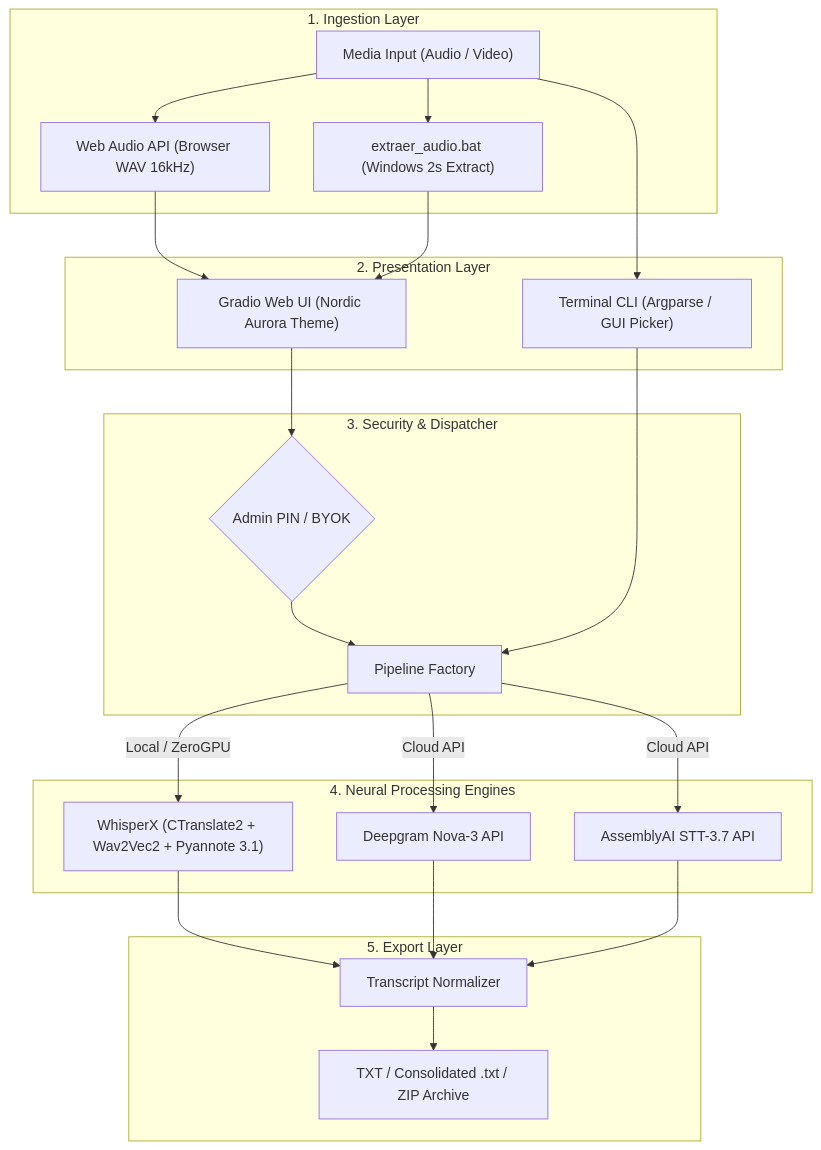
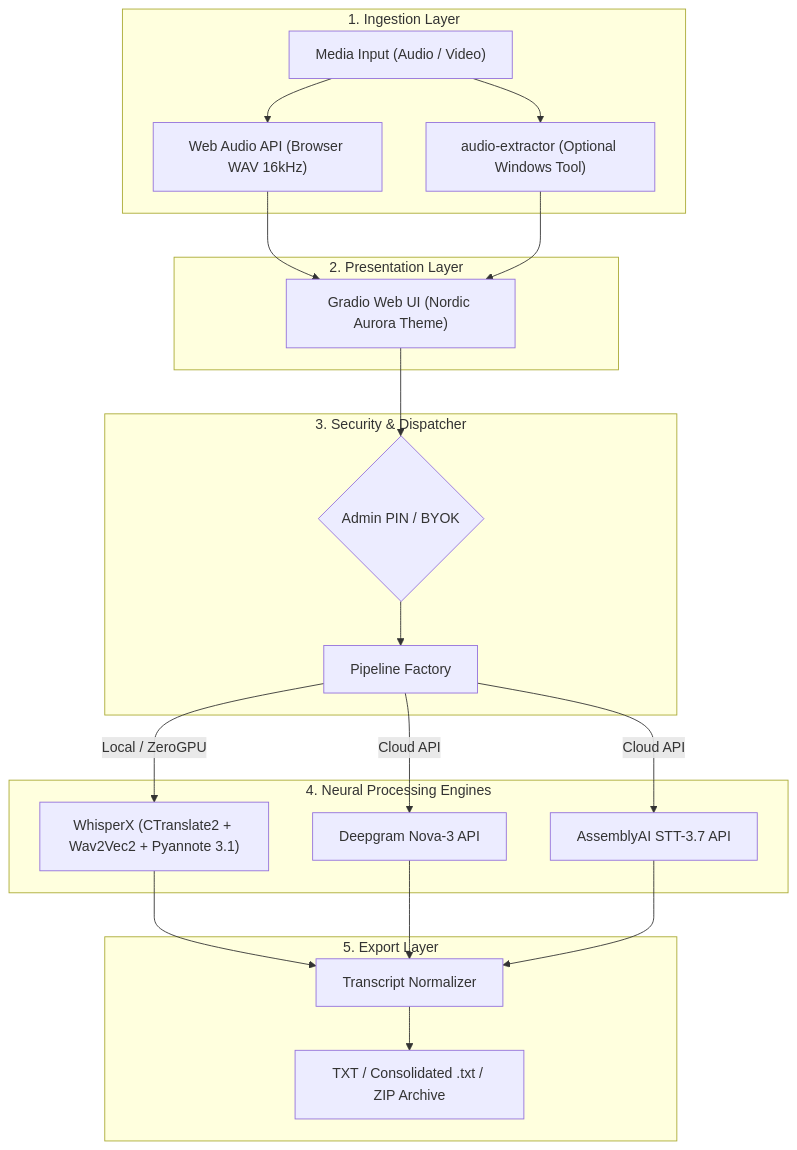
One commit to Klopezxd/transcriptor-suite changed the diagram in README.md. Above: the diagram before and after it, drawn with Mermaid. The commit also changed other lines of this file and 32 other files, not shown here.

````diff
--- a/README.md
+++ b/README.md
@@ -93,43 +77,40 @@
 ```mermaid
 flowchart TD
     subgraph Input ["1. Ingestion Layer"]
         Media["Media Input (Audio / Video)"]
-        Bat["extraer_audio.bat (Windows 2s Extract)"]
+        Bat["audio-extractor (Optional Windows Tool)"]
         WebOpt["Web Audio API (Browser WAV 16kHz)"]
         Media --> Bat
         Media --> WebOpt
     end
 
     subgraph Interface ["2. Presentation Layer"]
         WebUI["Gradio Web UI (Nordic Aurora Theme)"]
-        CLI["Terminal CLI (Argparse / GUI Picker)"]
         WebOpt --> WebUI
         Bat --> WebUI
-        Media --> CLI
     end
 
     subgraph Dispatch ["3. Security & Dispatcher"]
         AuthGuard{"Admin PIN / BYOK"}
         Factory["Pipeline Factory"]
         WebUI --> AuthGuard --> Factory
-        CLI --> Factory
     end
 
     subgraph Engines ["4. Neural Processing Engines"]
         WX["WhisperX (CTranslate2 + Wav2Vec2 + Pyannote 3.1)"]
         DG["Deepgram Nova-3 API"]
         AA["AssemblyAI STT-3.7 API"]
         Factory -->|"Local / ZeroGPU"| WX
         Factory -->|"Cloud API"| DG
         Factory -->|"Cloud API"| AA
     end
 
     subgraph Output ["5. Export Layer"]
         Normalizer["Transcript Normalizer"]
         Files["TXT / Consolidated .txt / ZIP Archive"]
         WX --> Normalizer
         DG --> Normalizer
         AA --> Normalizer
         Normalizer --> Files
     end
 ```
````
